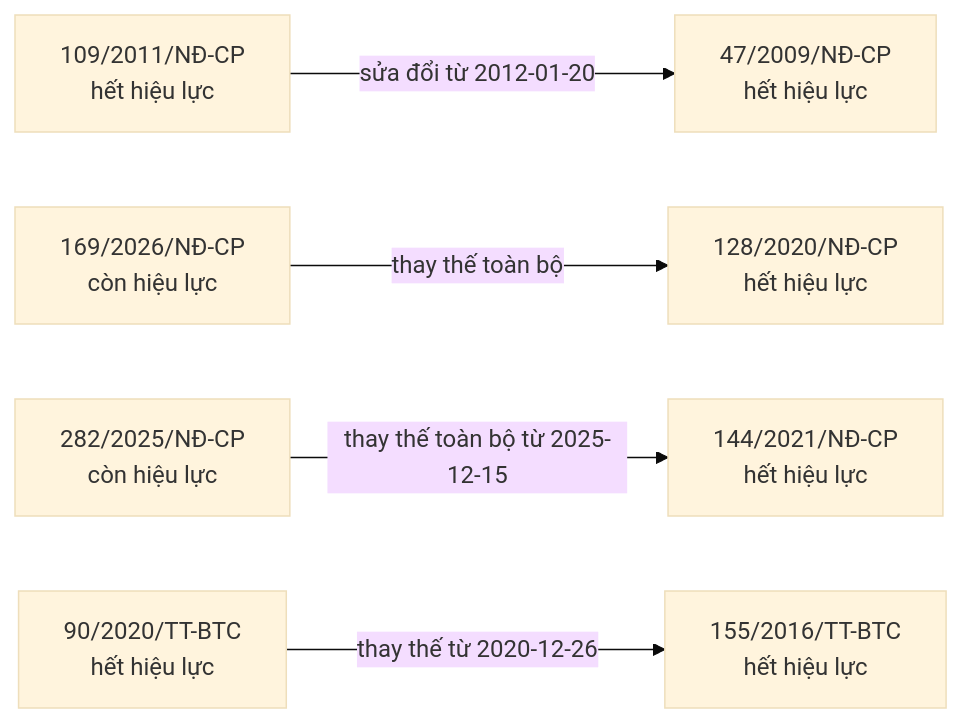
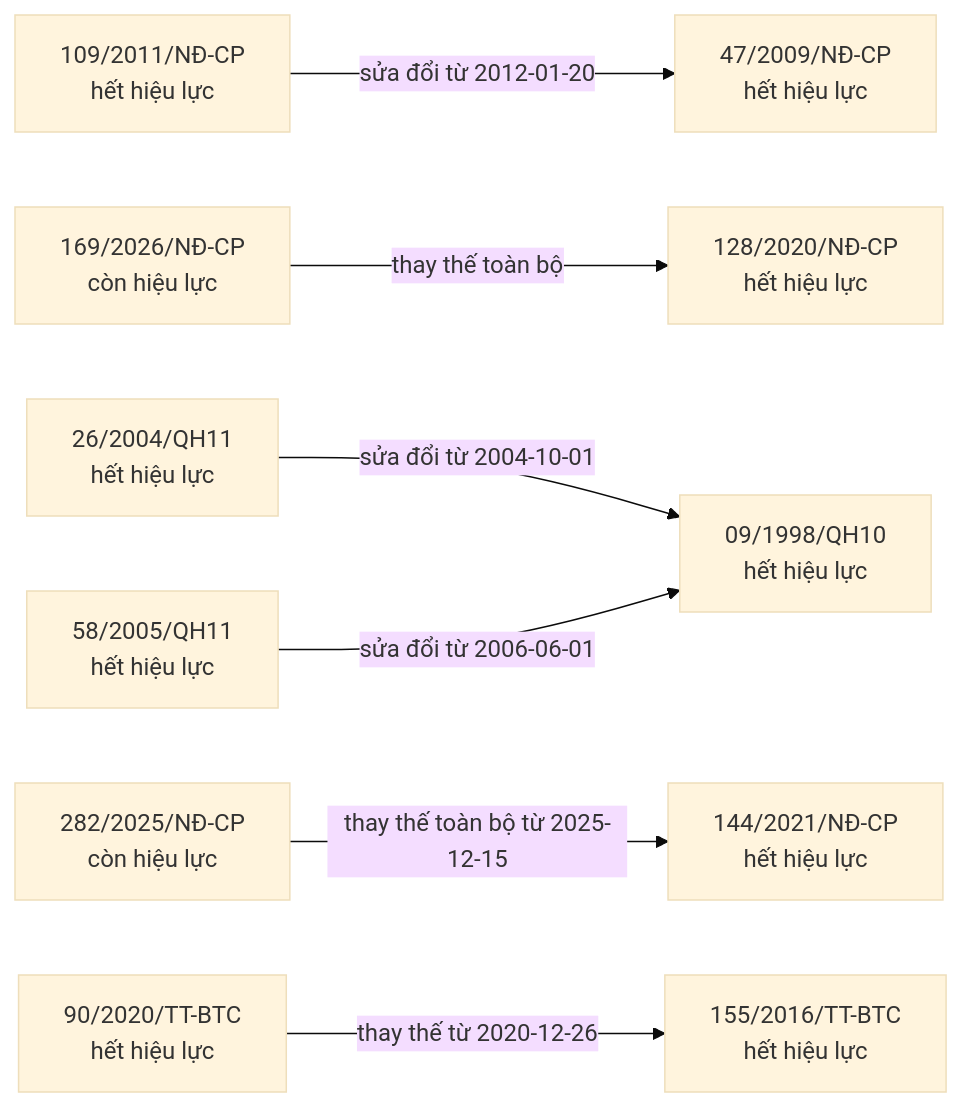
Before and after one commit to ozvietnam/oz-wiki-plhq: the eighth of 9 diagrams in bao-cao/quan-he.md, drawn with Mermaid (base theme). The commit also changed other lines of this file and 5 other files, not shown here.

````diff
--- a/bao-cao/quan-he.md
+++ b/bao-cao/quan-he.md
@@ -696,15 +702,20 @@
 ```mermaid
 flowchart LR
   n_109_2011_N__CP["109/2011/NĐ-CP<br/>hết hiệu lực"]
   n_47_2009_N__CP["47/2009/NĐ-CP<br/>hết hiệu lực"]
   n_169_2026_N__CP["169/2026/NĐ-CP<br/>còn hiệu lực"]
   n_128_2020_N__CP["128/2020/NĐ-CP<br/>hết hiệu lực"]
+  n_26_2004_QH11["26/2004/QH11<br/>hết hiệu lực"]
+  n_09_1998_QH10["09/1998/QH10<br/>hết hiệu lực"]
   n_282_2025_N__CP["282/2025/NĐ-CP<br/>còn hiệu lực"]
   n_144_2021_N__CP["144/2021/NĐ-CP<br/>hết hiệu lực"]
+  n_58_2005_QH11["58/2005/QH11<br/>hết hiệu lực"]
   n_90_2020_TT_BTC["90/2020/TT-BTC<br/>hết hiệu lực"]
   n_155_2016_TT_BTC["155/2016/TT-BTC<br/>hết hiệu lực"]
   n_109_2011_N__CP -->|sửa đổi từ 2012-01-20| n_47_2009_N__CP
   n_169_2026_N__CP -->|thay thế toàn bộ| n_128_2020_N__CP
+  n_26_2004_QH11 -->|sửa đổi từ 2004-10-01| n_09_1998_QH10
   n_282_2025_N__CP -->|thay thế toàn bộ từ 2025-12-15| n_144_2021_N__CP
+  n_58_2005_QH11 -->|sửa đổi từ 2006-06-01| n_09_1998_QH10
   n_90_2020_TT_BTC -->|thay thế từ 2020-12-26| n_155_2016_TT_BTC
 ```
````
